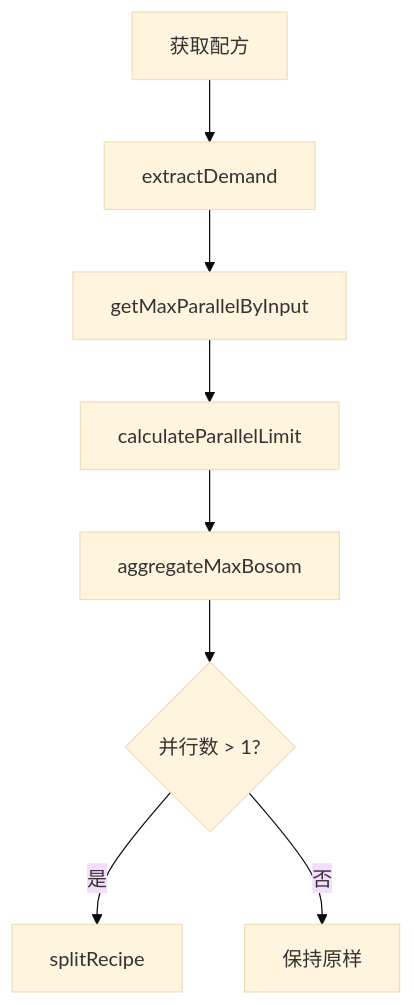
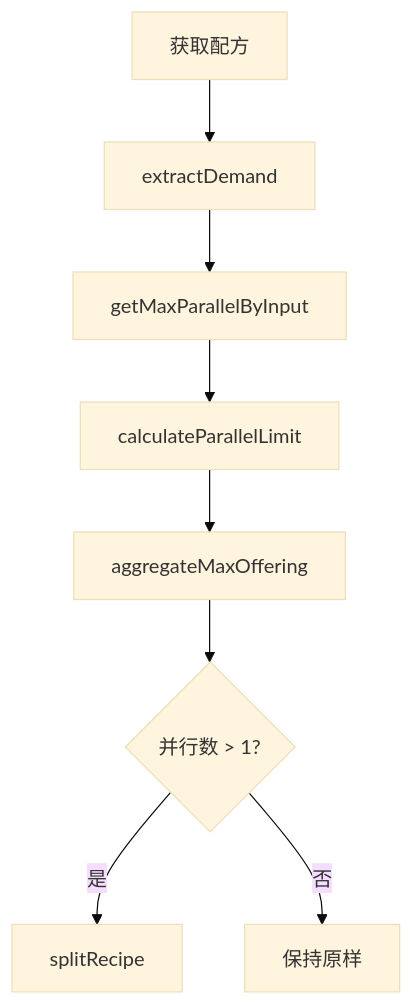
One commit to dalizi2333/GoblinTechMotiveCore changed the fourth of 6 diagrams in docs/skills/goblinscripture-architecture.md. Above: the diagram before and after it, drawn with Mermaid (base theme). The commit also changed other lines of this file and 17 other files, not shown here.

````diff
--- a/docs/skills/goblinscripture-architecture.md
+++ b/docs/skills/goblinscripture-architecture.md
@@ -208,10 +234,10 @@
 ```mermaid
 flowchart TB
     A[获取配方] --> B[extractDemand]
     B --> C[getMaxParallelByInput]
     C --> D[calculateParallelLimit]
-    D --> E[aggregateMaxBosom]
+    D --> E[aggregateMaxOffering]
     E --> F{并行数 > 1?}
     F -->|"是"| G[splitRecipe]
     F -->|"否"| H[保持原样]
 ```
````
